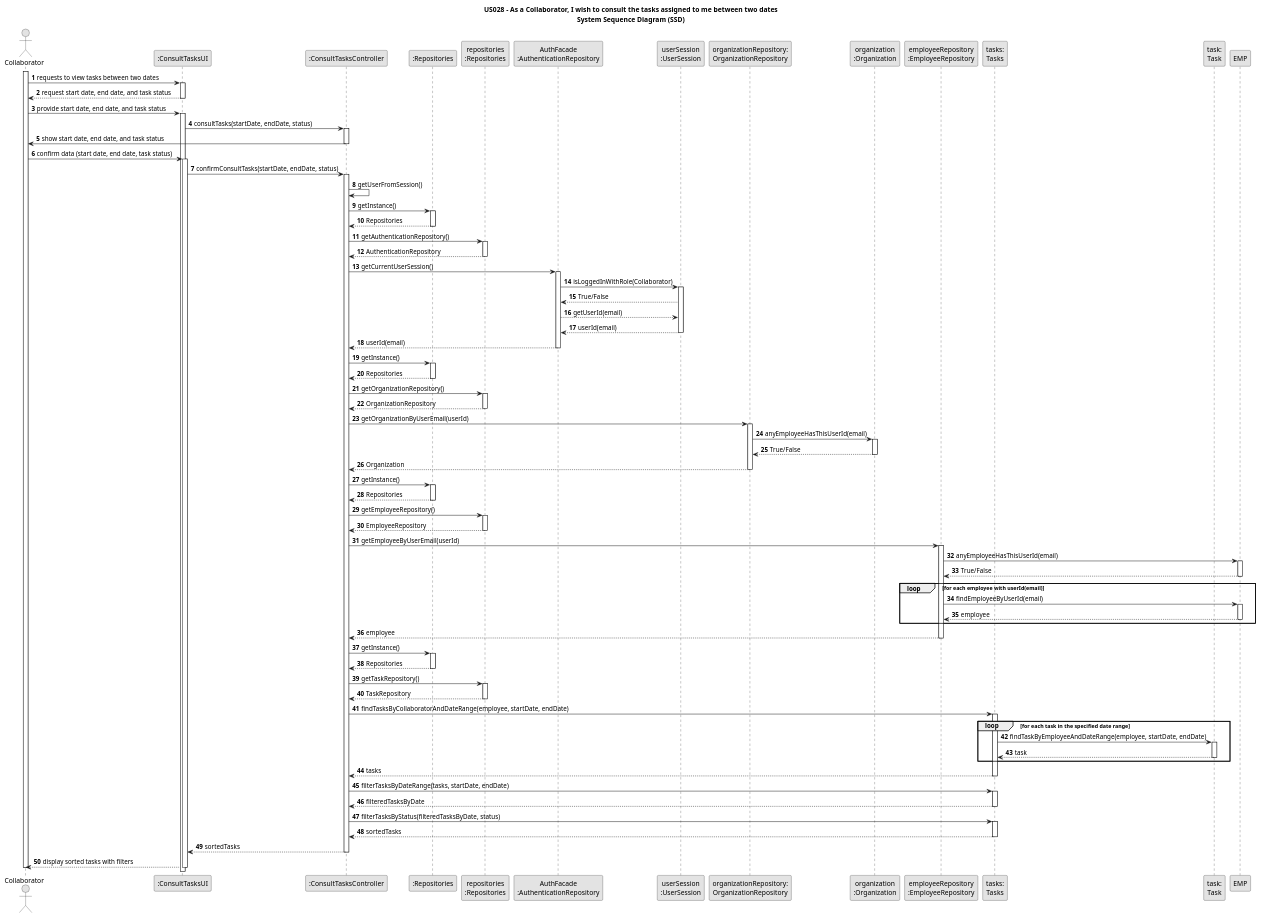
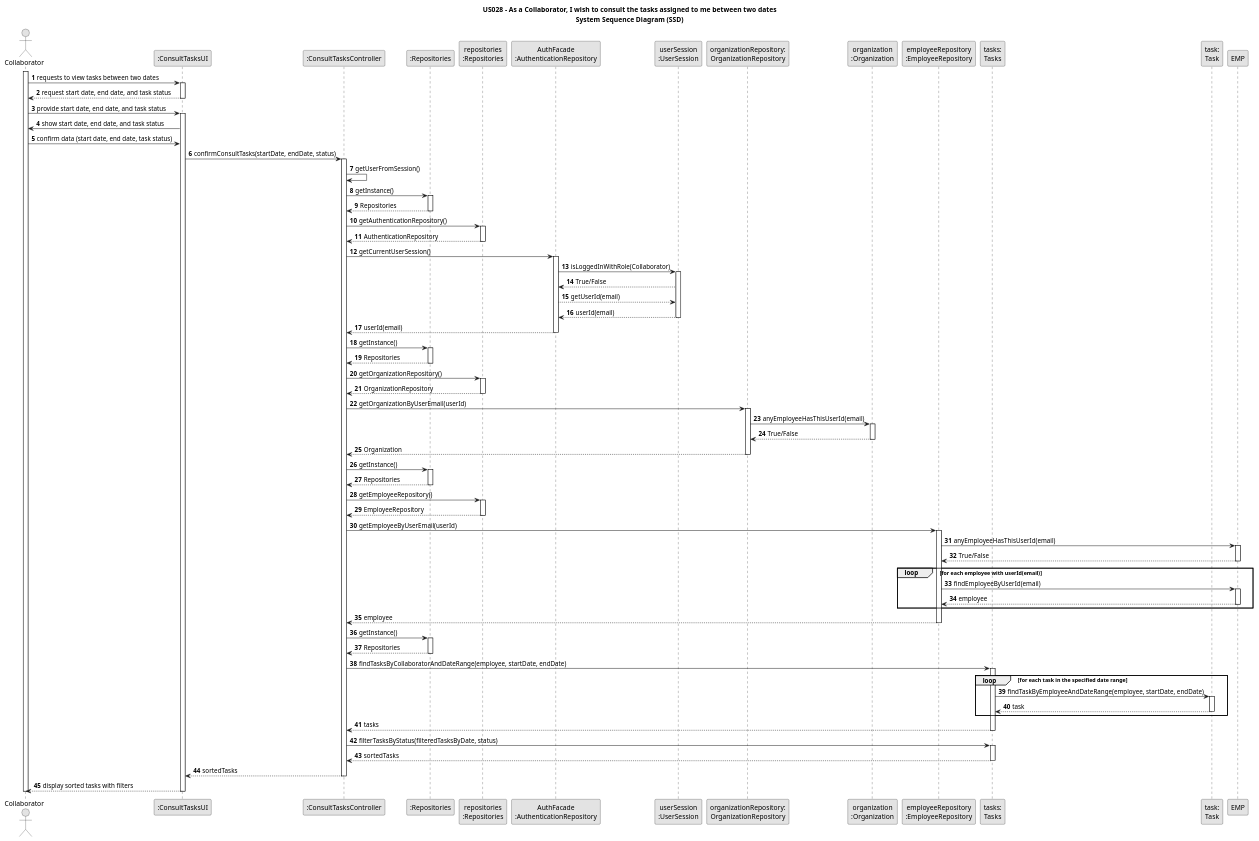
One commit to Mendoncaa/LAPR2 changed the diagram in docs/sprintC/US028/03.design/puml/us028-sequence-diagram.puml. Above: the diagram before and after it, drawn with PlantUML. The commit also changed 12 other files, not shown here.

Commit message:
ssd (US01; US04); class diagram and sequence diagram (US28; US29), code test AssignSkillControllerTes, CreateSkillControllerTest

```diff
--- a/docs/sprintC/US028/03.design/puml/us028-sequence-diagram.puml
+++ b/docs/sprintC/US028/03.design/puml/us028-sequence-diagram.puml
@@ -1,164 +1,152 @@
 @startuml
 skinparam monochrome true
 skinparam packageStyle rectangle
 skinparam shadowing false
 
 title US028 - As a Collaborator, I wish to consult the tasks assigned to me between two dates\nSystem Sequence Diagram (SSD)
 
 autonumber
 
 actor "Collaborator" as COL
 participant ":ConsultTasksUI" as UI
 participant ":ConsultTasksController" as CTRL
 participant ":Repositories" as RepositorySingleton
 participant "repositories\n:Repositories" as PLAT
 participant "AuthFacade\n:AuthenticationRepository" as AUTHREP
 participant "userSession\n:UserSession" as USER
 participant "organizationRepository:\nOrganizationRepository" as OrganizationRepository
 participant "organization\n:Organization" as ORG
 participant "employeeRepository\n:EmployeeRepository" as EMPREP
 participant "tasks:\nTasks" as TASKS
 participant "task:\nTask" as TASK
 
 activate COL
 
     COL -> UI: requests to view tasks between two dates
     activate UI
 
         UI --> COL: request start date, end date, and task status
     deactivate UI
 
     COL -> UI: provide start date, end date, and task status
     activate UI
 
-        UI -> CTRL: consultTasks(startDate, endDate, status)
-        activate CTRL
-
-        CTRL -> COL: show start date, end date, and task status
+        UI -> COL: show start date, end date, and task status
     deactivate CTRL
 
     COL -> UI: confirm data (start date, end date, task status)
-    activate UI
+
 
         UI -> CTRL: confirmConsultTasks(startDate, endDate, status)
         activate CTRL
 
         CTRL -> CTRL: getUserFromSession()
 
         CTRL -> RepositorySingleton: getInstance()
         activate RepositorySingleton
         CTRL <-- RepositorySingleton: Repositories
         deactivate RepositorySingleton
 
         CTRL -> PLAT: getAuthenticationRepository()
         activate PLAT
         CTRL <-- PLAT: AuthenticationRepository
         deactivate PLAT
 
         CTRL -> AUTHREP: getCurrentUserSession()
         activate AUTHREP
 
         AUTHREP -> USER: isLoggedInWithRole(Collaborator)
         activate USER
 
         USER --> AUTHREP: True/False
         AUTHREP --> USER: getUserId(email)
         AUTHREP <-- USER: userId(email)
         deactivate USER
 
         CTRL <-- AUTHREP: userId(email)
         deactivate AUTHREP
 
         CTRL -> RepositorySingleton: getInstance()
         activate RepositorySingleton
         CTRL <-- RepositorySingleton: Repositories
         deactivate RepositorySingleton
 
         CTRL -> PLAT: getOrganizationRepository()
         activate PLAT
         CTRL <-- PLAT: OrganizationRepository
         deactivate PLAT
 
         CTRL -> OrganizationRepository: getOrganizationByUserEmail(userId)
         activate OrganizationRepository
 
             OrganizationRepository -> ORG: anyEmployeeHasThisUserId(email)
             activate ORG
             OrganizationRepository <-- ORG: True/False
             deactivate ORG
 
         CTRL <-- OrganizationRepository: Organization
         deactivate OrganizationRepository
 
         CTRL -> RepositorySingleton: getInstance()
         activate RepositorySingleton
         CTRL <-- RepositorySingleton: Repositories
         deactivate RepositorySingleton
 
         CTRL -> PLAT: getEmployeeRepository()
         activate PLAT
         CTRL <-- PLAT: EmployeeRepository
         deactivate PLAT
 
         CTRL -> EMPREP: getEmployeeByUserEmail(userId)
         activate EMPREP
 
             EMPREP -> EMP: anyEmployeeHasThisUserId(email)
             activate EMP
             EMPREP <-- EMP: True/False
             deactivate EMP
 
             loop for each employee with userId(email)
             EMPREP -> EMP: findEmployeeByUserId(email)
             activate EMP
             EMPREP <-- EMP: employee
             deactivate EMP
             end loop
 
         CTRL <-- EMPREP: employee
         deactivate EMPREP
 
         CTRL -> RepositorySingleton: getInstance()
         activate RepositorySingleton
         CTRL <-- RepositorySingleton: Repositories
         deactivate RepositorySingleton
 
-        CTRL -> PLAT: getTaskRepository()
-        activate PLAT
-        CTRL <-- PLAT: TaskRepository
-        deactivate PLAT
 
         CTRL -> TASKS: findTasksByCollaboratorAndDateRange(employee, startDate, endDate)
         activate TASKS
 
             loop for each task in the specified date range
             TASKS -> TASK: findTaskByEmployeeAndDateRange(employee, startDate, endDate)
             activate TASK
             TASKS <-- TASK: task
             deactivate TASK
             end loop
 
         TASKS --> CTRL: tasks
         deactivate TASKS
 
-        'Apply date range filter
-        CTRL -> TASKS: filterTasksByDateRange(tasks, startDate, endDate)
-        activate TASKS
-        TASKS --> CTRL: filteredTasksByDate
-        deactivate TASKS
 
         'Apply status filter
         CTRL -> TASKS: filterTasksByStatus(filteredTasksByDate, status)
         activate TASKS
         TASKS --> CTRL: sortedTasks
         deactivate TASKS
 
         CTRL --> UI: sortedTasks
         deactivate CTRL
 
         UI --> COL: display sorted tasks with filters
     deactivate UI
 
 deactivate COL
 
 @enduml
```
